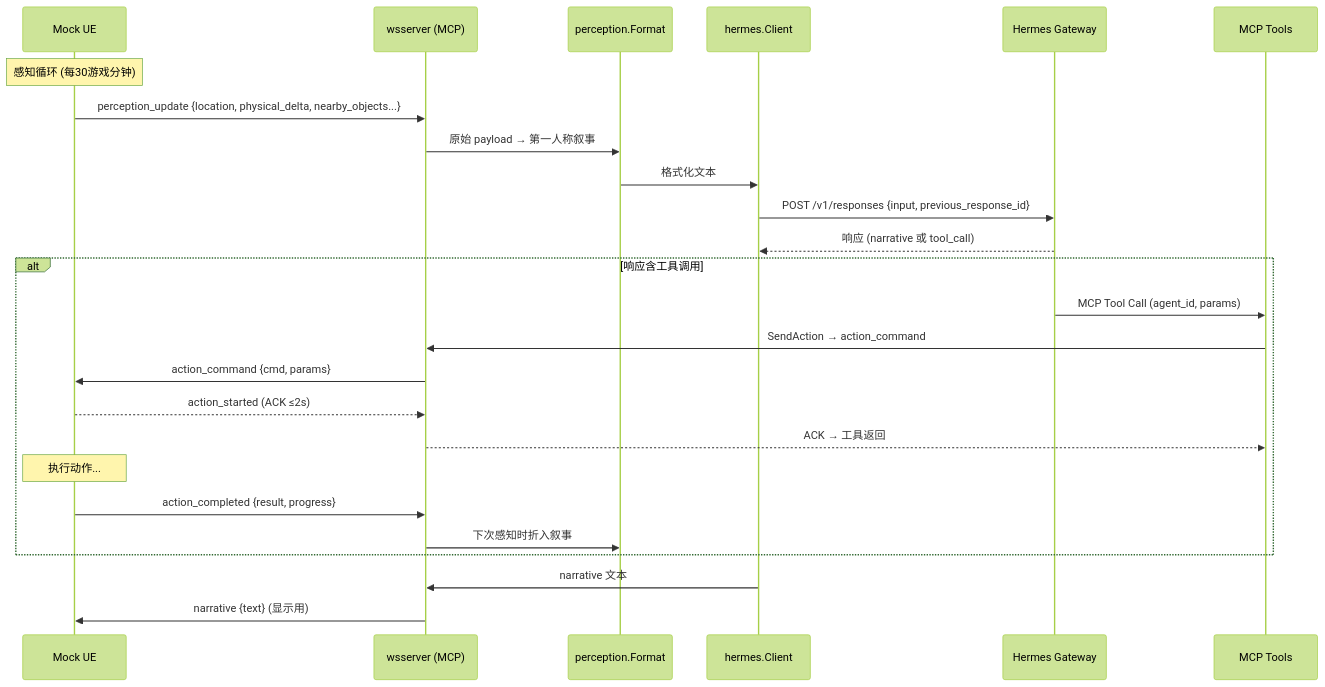
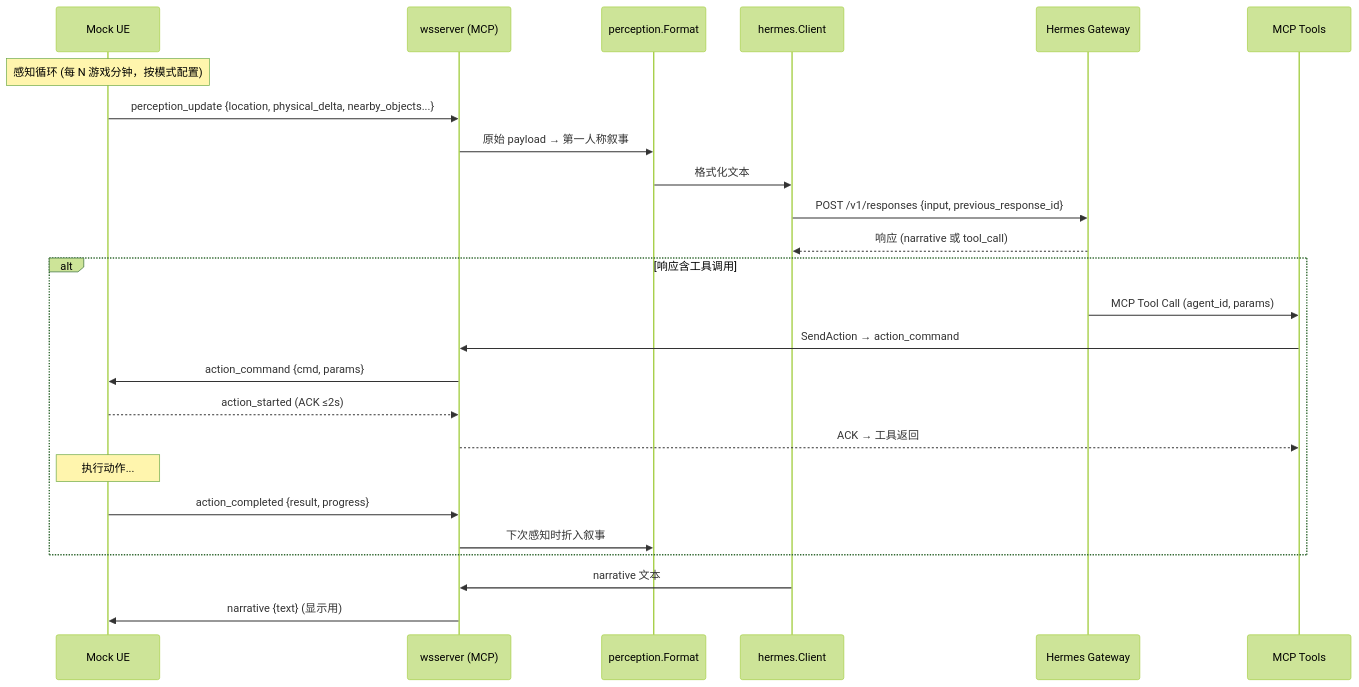
The second of 4 diagrams in CODEBUDDY.md (yitian-chen/SmartNPC), drawn with Mermaid (forest theme) before and after one commit. The commit also changed other lines of this file, not shown here.

Commit message:
docs(codebuddy): 修正 perception 间隔描述
文档原写"每 30 游戏分钟"，实际只是 quick-smoke 模式的值。perception 间隔
由 --interval 参数控制，按模式不同：normal=60, behavior=15, quick-smoke=30
（start.sh:104-106, run_day.py:61 默认 15）。

修正两处：
- 通信流向 mermaid 图：标注"按模式配置"
- 消息类型表：列出三种模式的具体值

````diff
--- a/CODEBUDDY.md
+++ b/CODEBUDDY.md
@@ -37,30 +37,30 @@
 ```mermaid
 sequenceDiagram
     participant UE as Mock UE
     participant WS as wsserver (MCP)
     participant Fmt as perception.Format
     participant HC as hermes.Client
     participant H as Hermes Gateway
     participant Tools as MCP Tools
 
-    Note over UE: 感知循环 (每30游戏分钟)
+    Note over UE: 感知循环 (每 N 游戏分钟，按模式配置)
     UE->>WS: perception_update {location, physical_delta, nearby_objects...}
     WS->>Fmt: 原始 payload → 第一人称叙事
     Fmt->>HC: 格式化文本
     HC->>H: POST /v1/responses {input, previous_response_id}
     H-->>HC: 响应 (narrative 或 tool_call)
     
     alt 响应含工具调用
         H->>Tools: MCP Tool Call (agent_id, params)
         Tools->>WS: SendAction → action_command
         WS->>UE: action_command {cmd, params}
         UE-->>WS: action_started (ACK ≤2s)
         WS-->>Tools: ACK → 工具返回
         Note over UE: 执行动作...
         UE->>WS: action_completed {result, progress}
         WS->>Fmt: 下次感知时折入叙事
     end
     
     HC->>WS: narrative 文本
     WS->>UE: narrative {text} (显示用)
 ```
````
